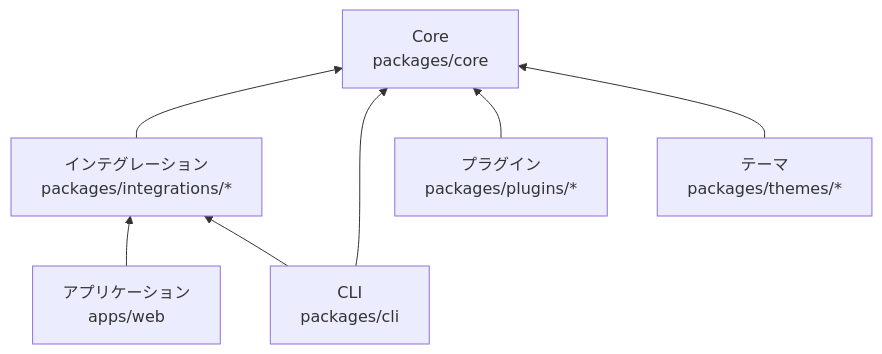
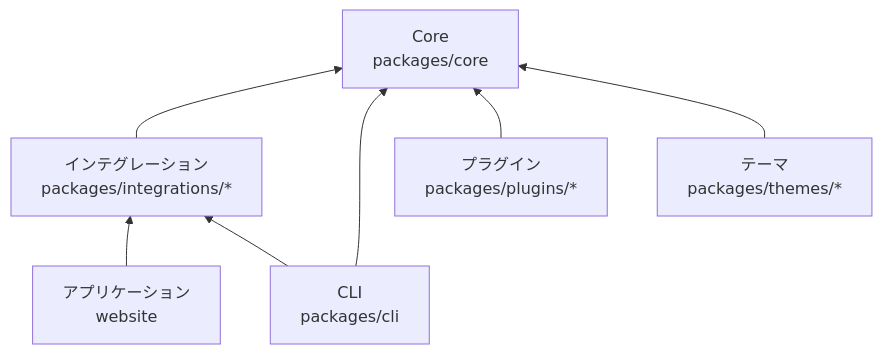
Before and after one commit to Rerurate514/riebeckite: the diagram in docs/docs/framework/architecture.ja.md, drawn with Mermaid. The commit also changed 125 other files, not shown here.

````diff
--- a/docs/docs/framework/architecture.ja.md
+++ b/docs/docs/framework/architecture.ja.md
@@ -18,16 +18,16 @@
 ```mermaid id="p4fcge"
 flowchart BT
-    App["アプリケーション<br/>apps/web"]
+    App["アプリケーション<br/>website"]
     Integration["インテグレーション<br/>packages/integrations/*"]
     CLI["CLI<br/>packages/cli"]
     Plugin["プラグイン<br/>packages/plugins/*"]
     Theme["テーマ<br/>packages/themes/*"]
     Core["Core<br/>packages/core"]
 
     App --> Integration
     Integration --> Core
     CLI --> Integration
     CLI --> Core
     Plugin --> Core
     Theme --> Core
 ```
````
